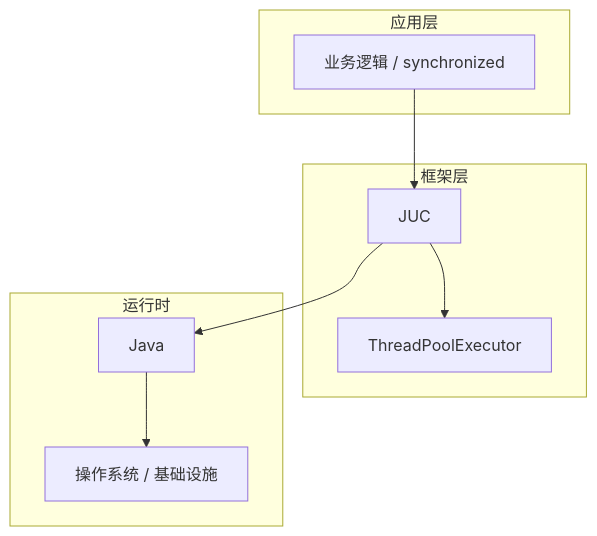
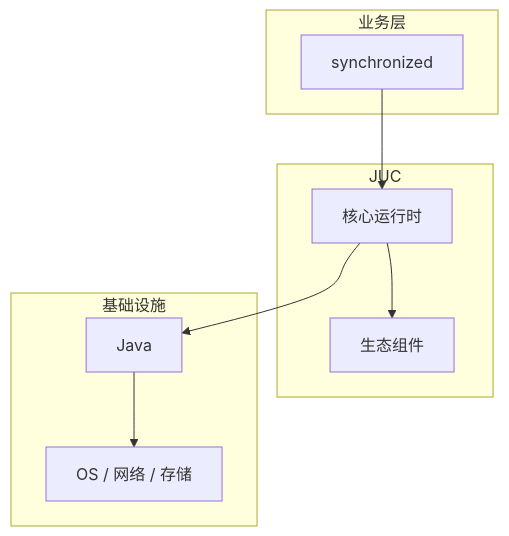
One commit to yanggan2015/knowledge-json-v2 changed the diagram in articles/Java并发/chapters/017-synchronized核心概念与原理.md. Above: the diagram before and after it, drawn with Mermaid. The commit also changed other lines of this file and 10127 other files, not shown here.

````diff
--- a/articles/Java并发/chapters/017-synchronized核心概念与原理.md
+++ b/articles/Java并发/chapters/017-synchronized核心概念与原理.md
@@ -45,18 +34,18 @@
 ```mermaid
 graph TB
-    subgraph 应用层
-        A[业务逻辑 / synchronized]
+    subgraph 业务层
+        A[synchronized]
     end
-    subgraph 框架层
-        B[JUC]
-        C[ThreadPoolExecutor]
+    subgraph JUC
+        B[核心运行时]
+        C[生态组件]
     end
-    subgraph 运行时
+    subgraph 基础设施
         D[Java]
-        E[操作系统 / 基础设施]
+        E[OS / 网络 / 存储]
     end
     A --> B
     B --> C
     B --> D
     D --> E
 ```
````
